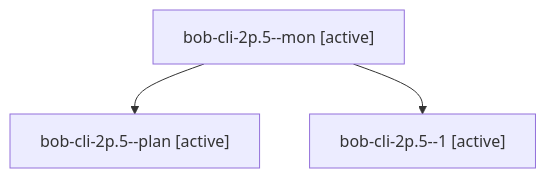
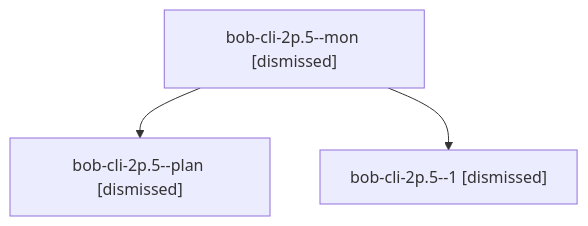
One commit to bobs-org/bob-cli--agents changed the diagram in sessions/bbugyi200.apollo.bob-cli-2p.5.md. Above: the diagram before and after it, drawn with Mermaid. The commit also changed other lines of this file and 135 other files, not shown here.

````diff
--- a/sessions/bbugyi200.apollo.bob-cli-2p.5.md
+++ b/sessions/bbugyi200.apollo.bob-cli-2p.5.md
@@ -9,8 +9,8 @@
 ```mermaid
 flowchart TD
-  n0["bob-cli-2p.5--mon [active]"]
-  n1["bob-cli-2p.5--plan [active]"]
+  n0["bob-cli-2p.5--mon [dismissed]"]
+  n1["bob-cli-2p.5--plan [dismissed]"]
   n0 --> n1
-  n2["bob-cli-2p.5--1 [active]"]
+  n2["bob-cli-2p.5--1 [dismissed]"]
   n0 --> n2
 ```
````
